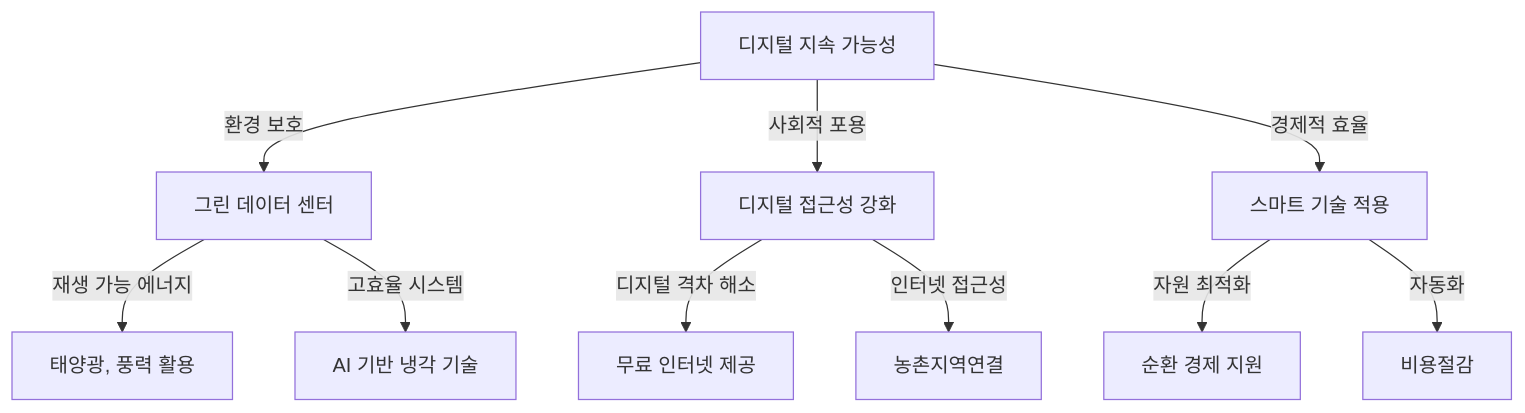
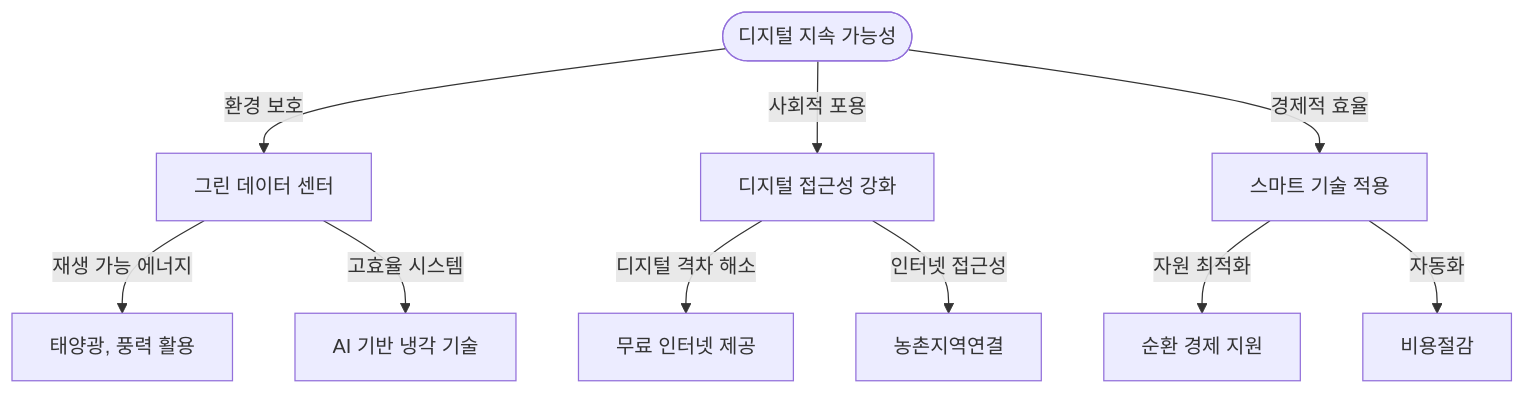
One commit to gracefullight/gracefullight.github.io changed the diagram in blog/pe/conv/digital-sustainability.md. Above: the diagram before and after it, drawn with Mermaid. The commit also changed other lines of this file and 16 other files, not shown here.

````diff
--- a/blog/pe/conv/digital-sustainability.md
+++ b/blog/pe/conv/digital-sustainability.md
@@ -23,12 +23,12 @@
 ```mermaid
 graph TD
-    A[디지털 지속 가능성] -->|환경 보호| B[그린 데이터 센터]
+    A([디지털 지속 가능성]) -->|환경 보호| B[그린 데이터 센터]
     A -->|사회적 포용| C[디지털 접근성 강화]
     A -->|경제적 효율| D[스마트 기술 적용]
     B -->|재생 가능 에너지| E[태양광, 풍력 활용]
     B -->|고효율 시스템| F[AI 기반 냉각 기술]
     C -->|디지털 격차 해소| G[무료 인터넷 제공]
     C --> |인터넷 접근성| 농촌지역연결
     D -->|자원 최적화| H[순환 경제 지원]
     D -->|자동화| 비용절감
 ```
````
